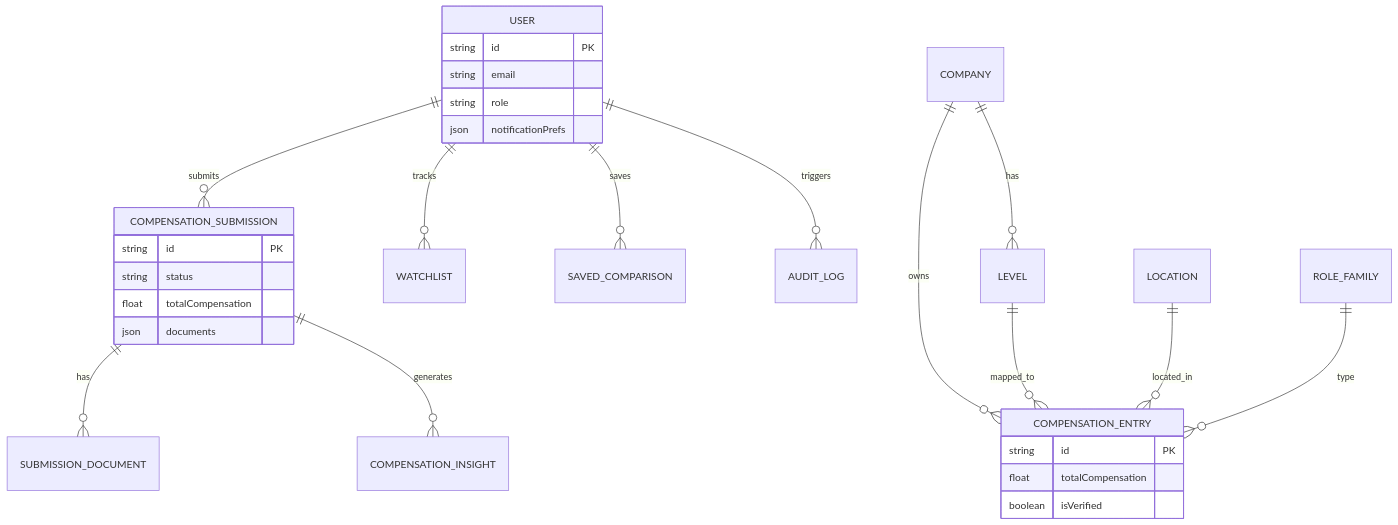
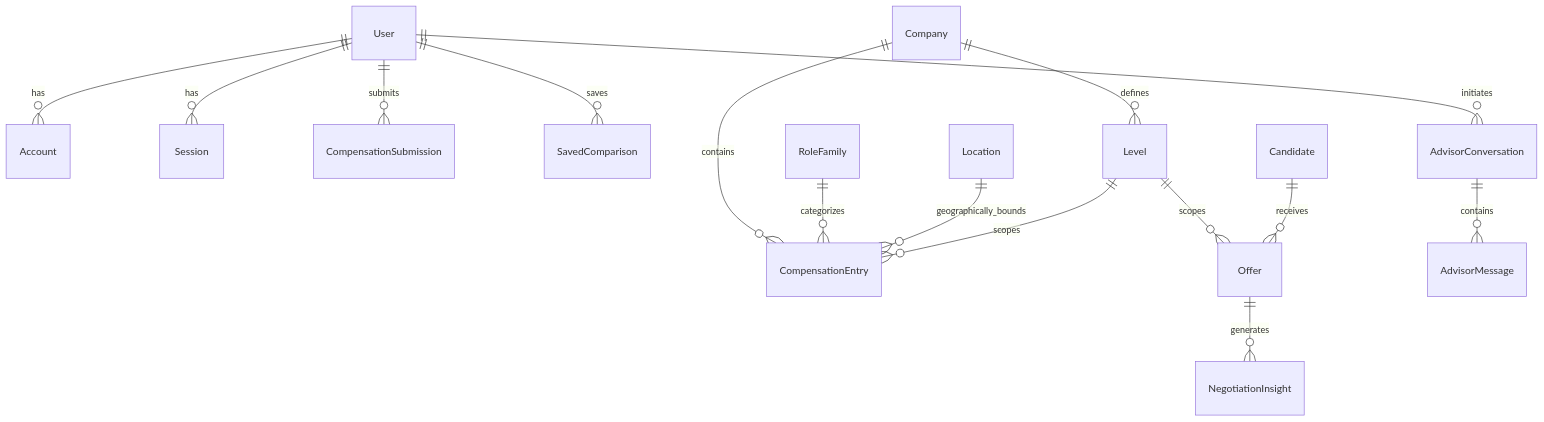
Before and after one commit to genius-0963/-Compensation-Intelligence-System: the second of 7 diagrams in README.md, drawn with Mermaid. The commit also changed other lines of this file, not shown here.

````diff
--- a/README.md
+++ b/README.md
@@ -118,32 +132,22 @@
 ```mermaid
 erDiagram
-    USER ||--o{ COMPENSATION_SUBMISSION : "submits"
-    USER ||--o{ WATCHLIST : "tracks"
-    USER ||--o{ SAVED_COMPARISON : "saves"
-    USER ||--o{ AUDIT_LOG : "triggers"
-    COMPANY ||--o{ LEVEL : "has"
-    COMPANY ||--o{ COMPENSATION_ENTRY : "owns"
-    LEVEL ||--o{ COMPENSATION_ENTRY : "mapped_to"
-    LOCATION ||--o{ COMPENSATION_ENTRY : "located_in"
-    COMPENSATION_SUBMISSION ||--o{ SUBMISSION_DOCUMENT : "has"
-    COMPENSATION_SUBMISSION ||--o{ COMPENSATION_INSIGHT : "generates"
-    ROLE_FAMILY ||--o{ COMPENSATION_ENTRY : "type"
-    
-    USER {
-        string id PK
-        string email
-        string role
-        json notificationPrefs
-    }
-    COMPENSATION_SUBMISSION {
-        string id PK
-        string status
-        float totalCompensation
-        json documents
-    }
-    COMPENSATION_ENTRY {
-        string id PK
-        float totalCompensation
-        boolean isVerified
-    }
+    User ||--o{ Account : has
+    User ||--o{ Session : has
+    User ||--o{ CompensationSubmission : submits
+    User ||--o{ SavedComparison : saves
+    User ||--o{ AdvisorConversation : initiates
+
+    Company ||--o{ Level : defines
+    Company ||--o{ CompensationEntry : contains
+
+    RoleFamily ||--o{ CompensationEntry : categorizes
+    Location ||--o{ CompensationEntry : geographically_bounds
+
+    Level ||--o{ CompensationEntry : scopes
+    Level ||--o{ Offer : scopes
+
+    Candidate ||--o{ Offer : receives
+    Offer ||--o{ NegotiationInsight : generates
+
+    AdvisorConversation ||--o{ AdvisorMessage : contains
 ```
````
